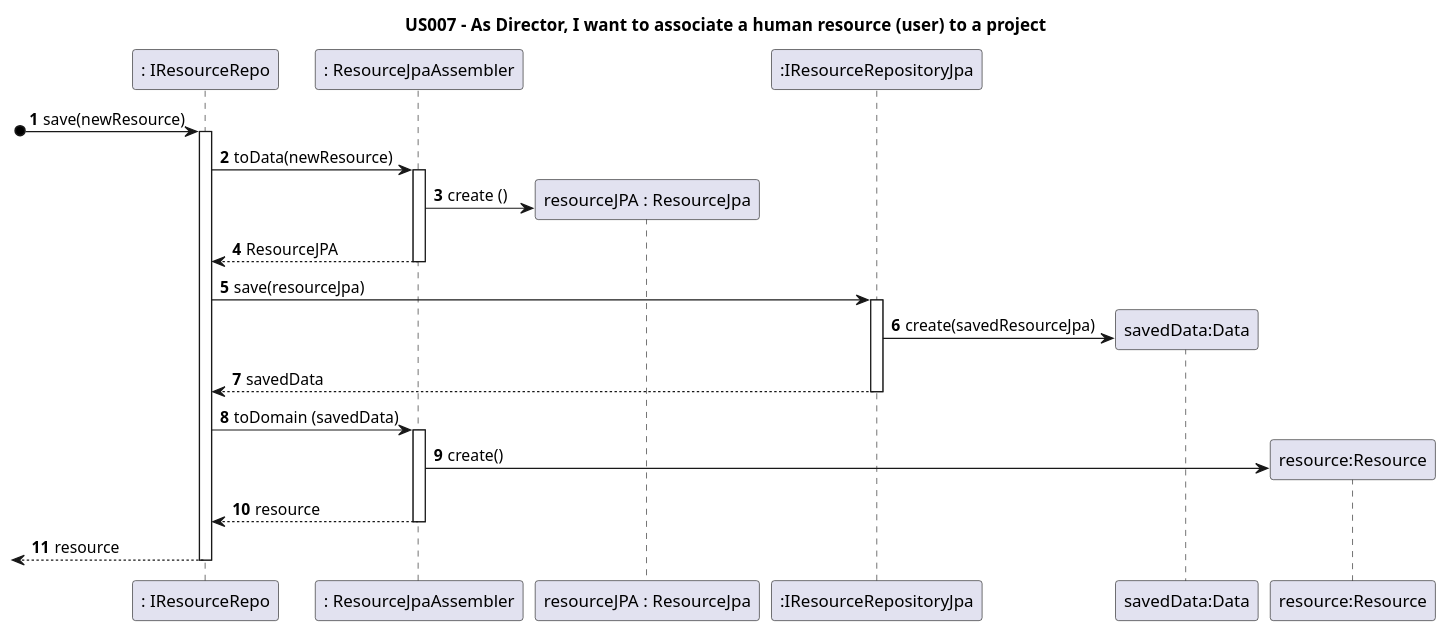
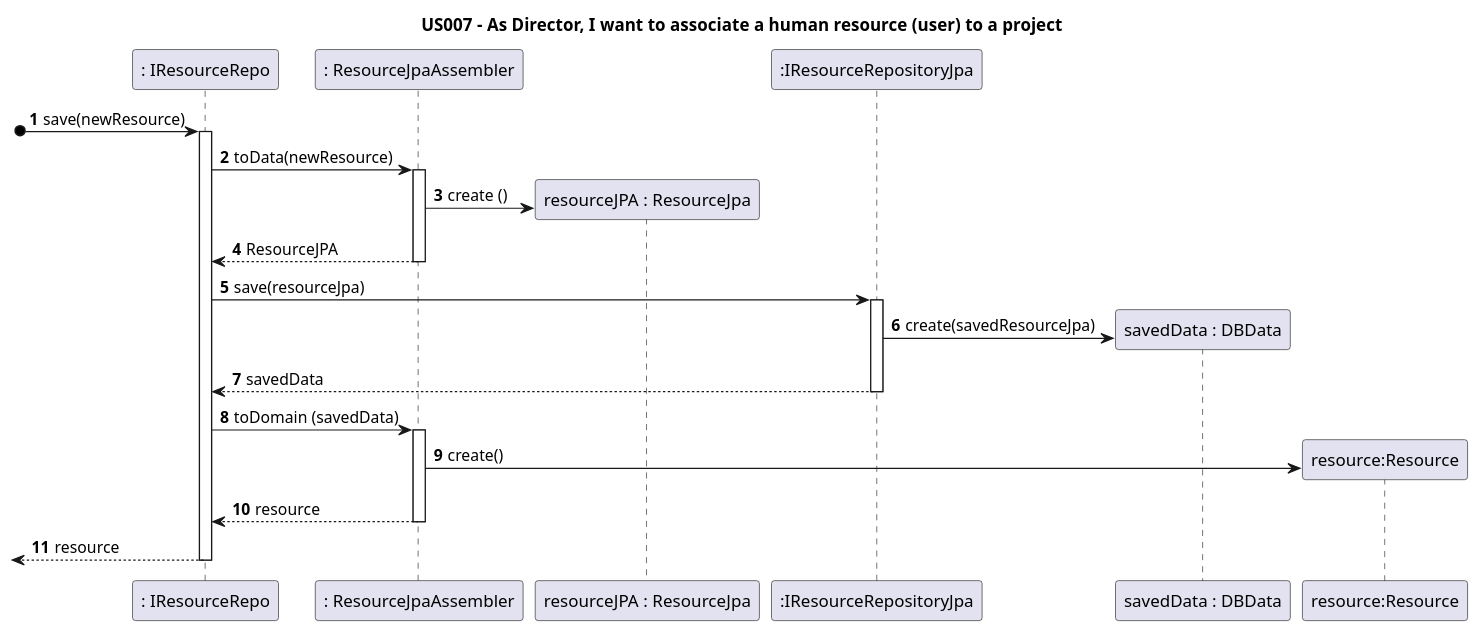
The diagram in docs/Sprint1/US007/US007-SD-JPA.puml (nunogon1211787/projectManagement), drawn with PlantUML before and after one commit. The commit also changed 49 other files, not shown here.

```diff
--- a/docs/Sprint1/US007/US007-SD-JPA.puml
+++ b/docs/Sprint1/US007/US007-SD-JPA.puml
@@ -1,28 +1,28 @@
 @startuml
 
 title US007 - As Director, I want to associate a human resource (user) to a project
 
 autoactivate on
 autonumber
 
 participant ": IResourceRepo" as Repository
 participant ": ResourceJpaAssembler" as Assembler
 participant "resourceJPA : ResourceJpa" as resourceJPA
 participant ":IResourceRepositoryJpa" as Driver
-participant "savedData:Data" as Data
+participant "savedData : DBData" as Data
 participant "resource:Resource" as resource
 
 [o->Repository: save(newResource)
 Repository -> Assembler : toData(newResource)
 Assembler -> resourceJPA **: create ()
 Assembler --> Repository : ResourceJPA
 Repository -> Driver: save(resourceJpa)
 Driver -> Data**: create(savedResourceJpa)
 Driver --> Repository : savedData
 Repository -> Assembler: toDomain (savedData)
 Assembler -> resource **: create()
 Assembler --> Repository :resource
 
 [<--Repository: resource
 
 @enduml
```
